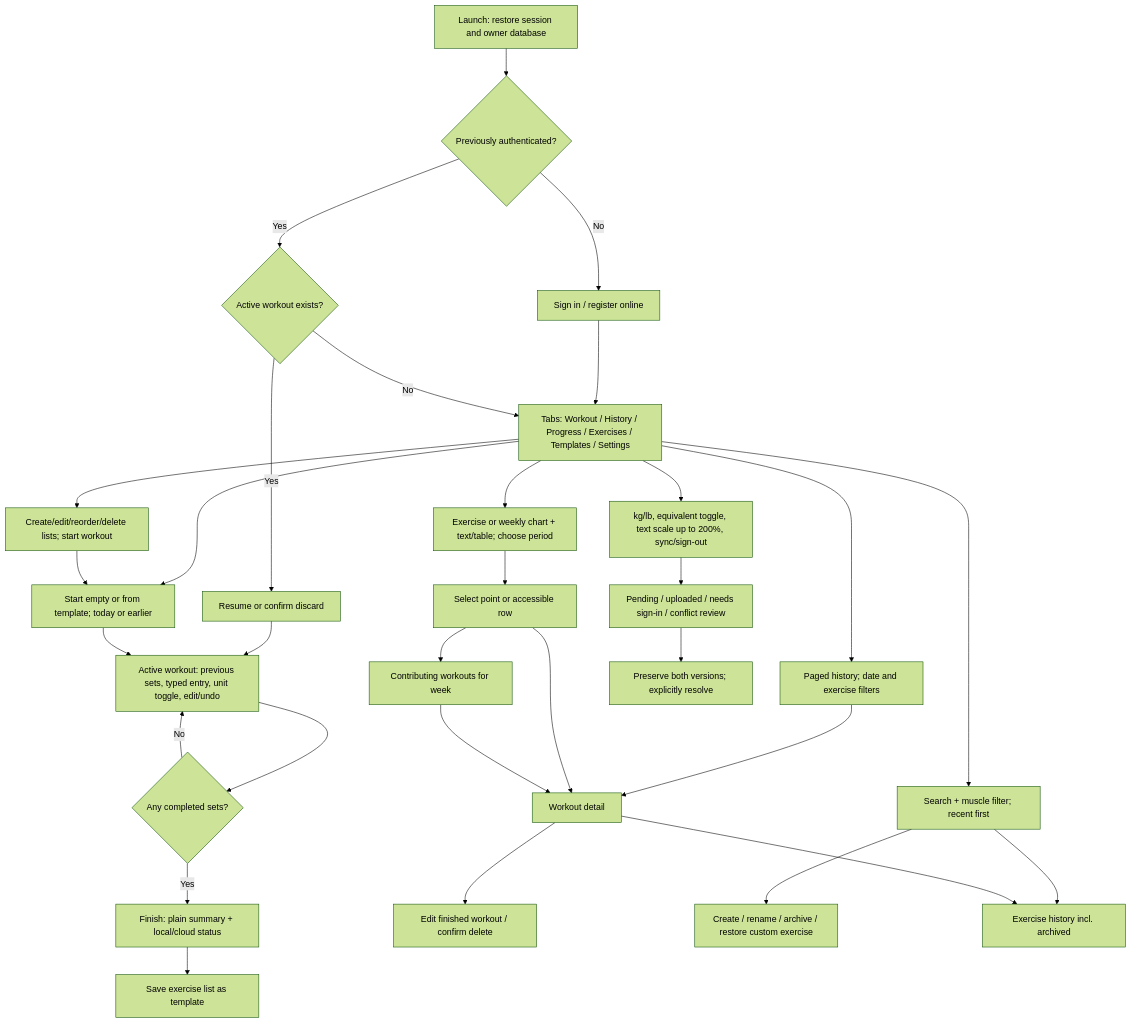
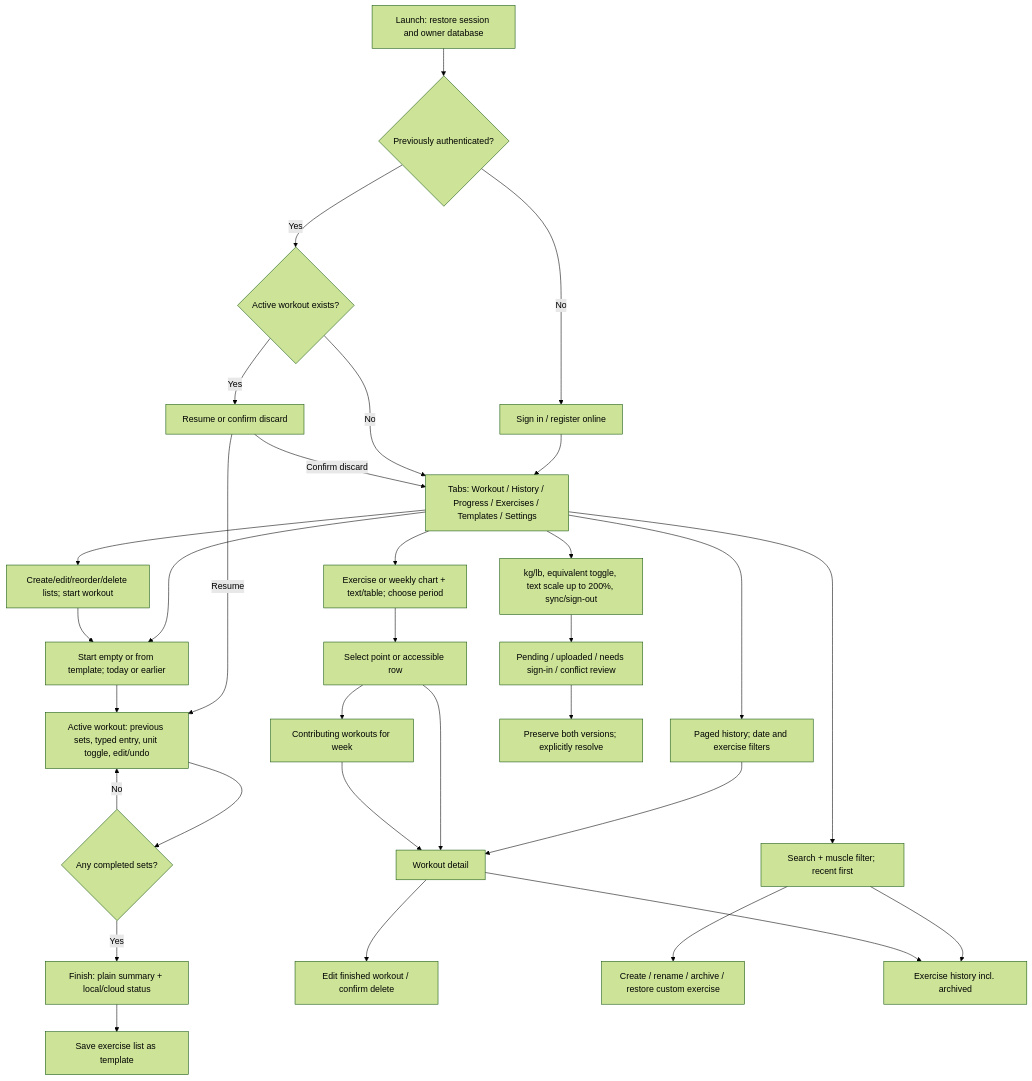
Before and after one commit to SebasLopez2005/SWEProject1: the third of 42 diagrams in docs/part2/design/README.md, drawn with Mermaid (forest theme). The commit also changed other lines of this file and 43 other files, not shown here.

Commit message:
Align fitness diagrams with revised professor-reviewed report

````diff
--- a/docs/part2/design/README.md
+++ b/docs/part2/design/README.md
@@ -185,31 +186,32 @@
 ```mermaid
 flowchart TD
     Launch["Launch: restore session and owner database"] --> Authenticated{"Previously authenticated?"}
     Authenticated -->|No| SignIn["Sign in / register online"]
     SignIn --> Tabs["Tabs: Workout / History / Progress / Exercises / Templates / Settings"]
     Authenticated -->|Yes| Resume{"Active workout exists?"}
     Resume -->|Yes| Choice["Resume or confirm discard"]
     Resume -->|No| Tabs
-    Choice --> Active["Active workout: previous sets, typed entry, unit toggle, edit/undo"]
+    Choice -->|Resume| Active["Active workout: previous sets, typed entry, unit toggle, edit/undo"]
+    Choice -->|Confirm discard| Tabs
     Tabs --> Start["Start empty or from template; today or earlier"] --> Active
     Active --> Finish{"Any completed sets?"}
     Finish -->|No| Active
     Finish -->|Yes| Summary["Finish: plain summary + local/cloud status"]
     Summary --> SaveTemplate["Save exercise list as template"]
     Tabs --> History["Paged history; date and exercise filters"]
     History --> Detail["Workout detail"]
     Detail --> Edit["Edit finished workout / confirm delete"]
     Tabs --> Exercises["Search + muscle filter; recent first"]
     Exercises --> Custom["Create / rename / archive / restore custom exercise"]
     Exercises --> ExerciseHistory["Exercise history incl. archived"]
     Detail --> ExerciseHistory
     Tabs --> Progress["Exercise or weekly chart + text/table; choose period"]
     Progress --> Point["Select point or accessible row"]
     Point --> Detail
     Point --> Week["Contributing workouts for week"] --> Detail
     Tabs --> Templates["Create/edit/reorder/delete lists; start workout"]
     Templates --> Start
     Tabs --> Settings["kg/lb, equivalent toggle, text scale up to 200%, sync/sign-out"]
     Settings --> Sync["Pending / uploaded / needs sign-in / conflict review"]
     Sync --> Resolve["Preserve both versions; explicitly resolve"]
 ```
````
